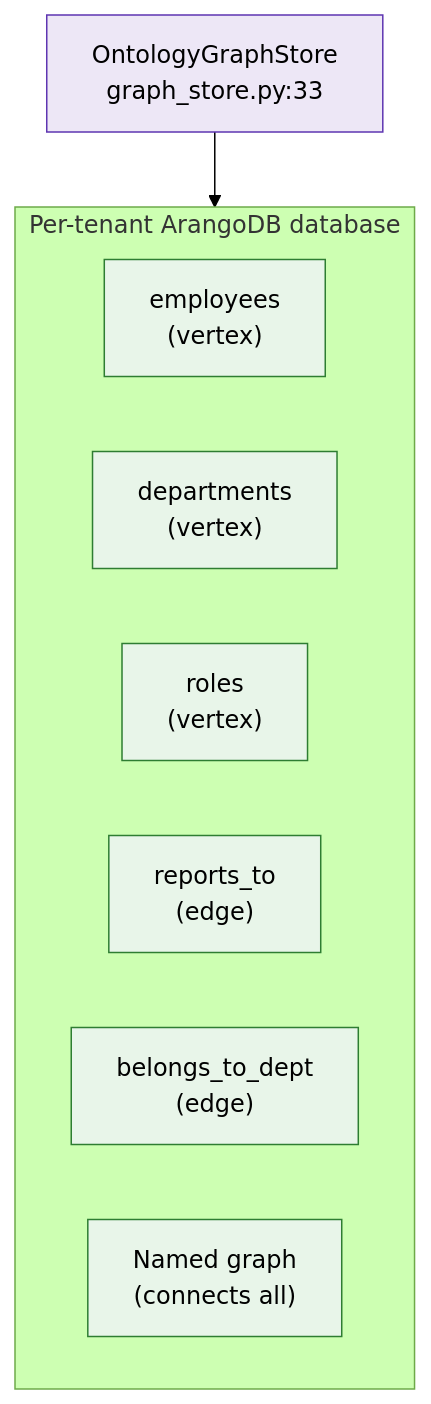
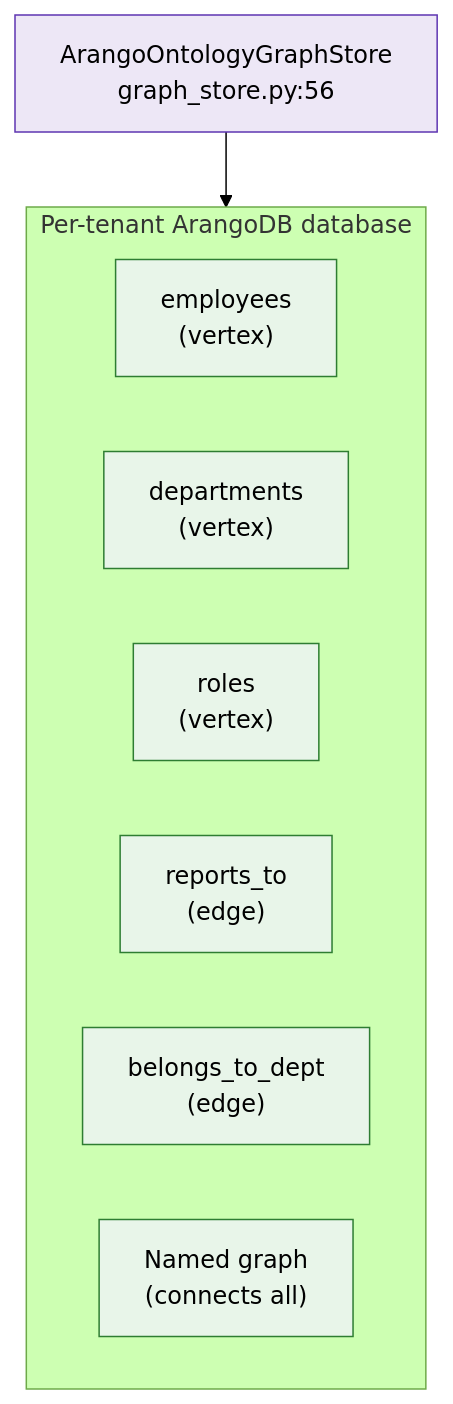
One commit to phenobarbital/ai-parrot changed the third of 8 diagrams in docs/architecture/09-ontologic-rag.md. Above: the diagram before and after it, drawn with Mermaid (forest theme). The commit also changed other lines of this file and 10 other files, not shown here.

First line of the commit message:
fix(graphindex-core-seams): make wiki schema plane import-light and refresh ontologic-rag docs

````diff
--- a/docs/architecture/09-ontologic-rag.md
+++ b/docs/architecture/09-ontologic-rag.md
@@ -259,18 +268,18 @@
 ```mermaid
 graph TB
     subgraph PerTenant["Per-tenant ArangoDB database"]
         V1["employees<br/>(vertex)"]
         V2["departments<br/>(vertex)"]
         V3["roles<br/>(vertex)"]
         E1["reports_to<br/>(edge)"]
         E2["belongs_to_dept<br/>(edge)"]
         NG["Named graph<br/>(connects all)"]
     end
 
-    GS["OntologyGraphStore<br/>graph_store.py:33"] --> PerTenant
+    GS["ArangoOntologyGraphStore<br/>graph_store.py:56"] --> PerTenant
 
     classDef gs   fill:#ede7f6,stroke:#5e35b1;
     classDef data fill:#e8f5e9,stroke:#2e7d32;
     class GS gs;
     class V1,V2,V3,E1,E2,NG data;
 ```
````
